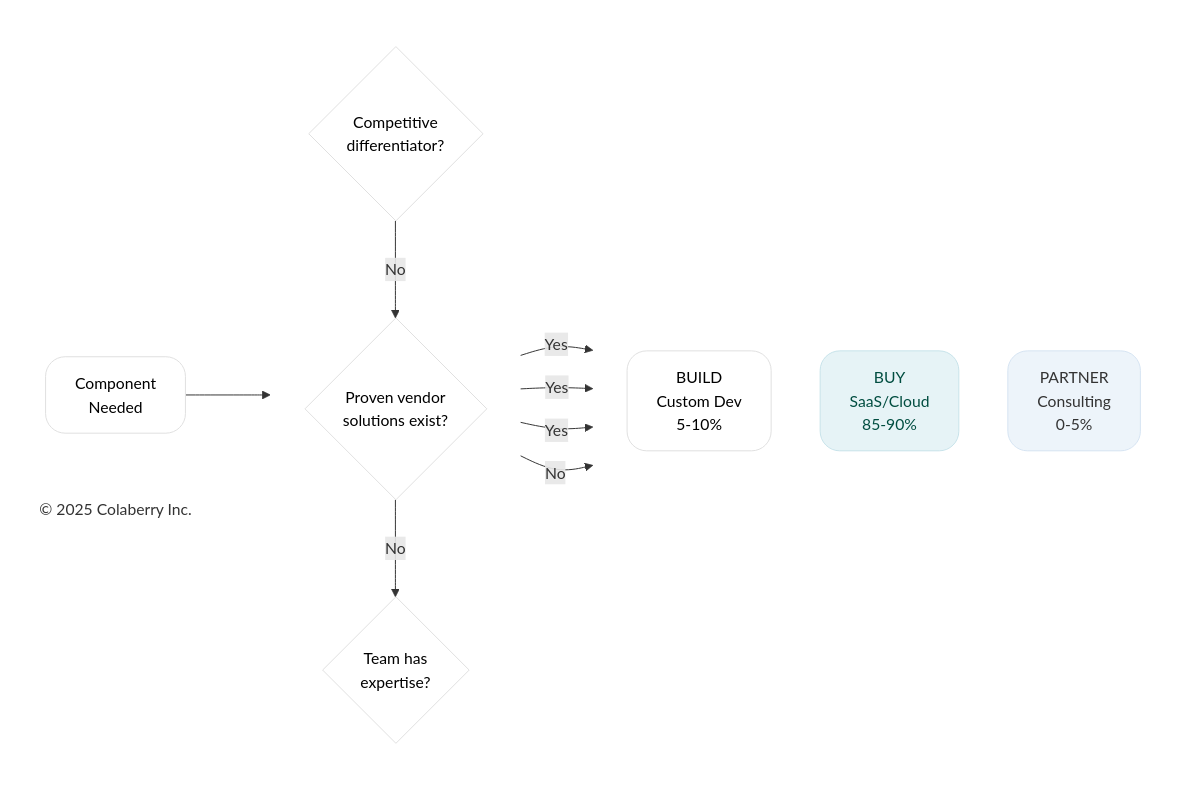
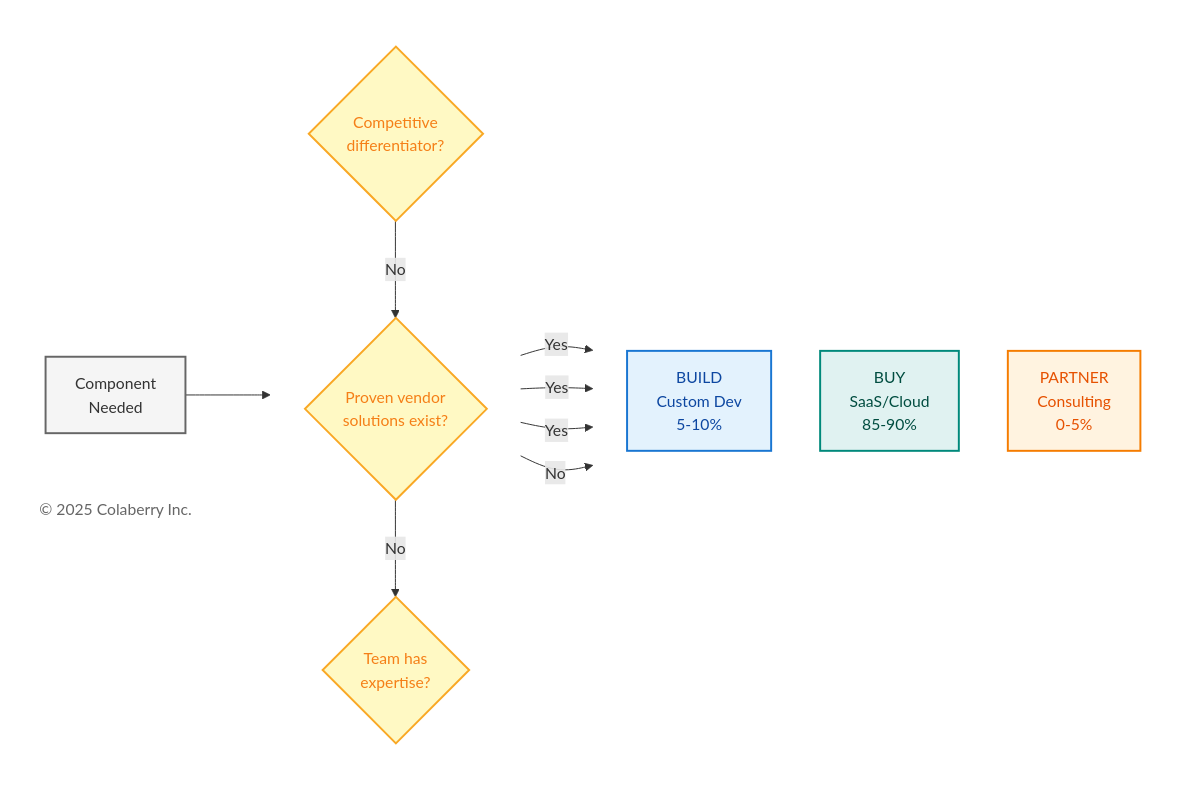
The third of 5 diagrams in manuscript/12_chapter_11_technology_selection_guide.md (saitejesh-cyber/trust-before-intelligence-book), drawn with Mermaid before and after one commit. The commit also changed other lines of this file and 12 other files, not shown here.

Commit message:
Restore legacy Mermaid styles for Option 1

````diff
--- a/manuscript/12_chapter_11_technology_selection_guide.md
+++ b/manuscript/12_chapter_11_technology_selection_guide.md
@@ -213,41 +213,41 @@
 ```mermaid
 
 graph LR
     START["Component<br/>Needed"]
     
     subgraph DECISIONS[" "]
         direction TB
         Q1{"Competitive<br/>differentiator?"}
         Q2{"Proven vendor<br/>solutions exist?"}
         Q3{"Team has<br/>expertise?"}
     end
     
     subgraph OUTCOMES[" "]
         direction TB
         BUILD["BUILD<br/>Custom Dev<br/>5-10%"]
         BUY["BUY<br/>SaaS/Cloud<br/>85-90%"]
         PARTNER["PARTNER<br/>Consulting<br/>0-5%"]
     end
     
     Copyright["© 2025 Colaberry Inc."]
     
     START --> Q1
     Q1 -->|"Yes"| BUILD
     Q1 -->|"No"| Q2
     Q2 -->|"Yes"| BUY
     Q2 -->|"No"| Q3
     Q3 -->|"Yes"| BUILD
     Q3 -->|"No"| PARTNER
     
     style DECISIONS fill:none,stroke:none
     style OUTCOMES fill:none,stroke:none
-    style START fill:#ffffff,stroke:#e0e0e0,stroke-width:1px,color:#000000,rx:20,ry:20
-    style Q1 fill:#ffffff,stroke:#e0e0e0,stroke-width:1px,color:#000000,rx:20,ry:20
-    style Q2 fill:#ffffff,stroke:#e0e0e0,stroke-width:1px,color:#000000,rx:20,ry:20
-    style Q3 fill:#ffffff,stroke:#e0e0e0,stroke-width:1px,color:#000000,rx:20,ry:20
-    style BUILD fill:#ffffff,stroke:#e0e0e0,stroke-width:1px,color:#000000,rx:20,ry:20
-    style BUY fill:#e6f3f6,stroke:#c7e3ea,stroke-width:1px,color:#004d40,rx:20,ry:20
-    style PARTNER fill:#edf4fa,stroke:#d6e4f2,stroke-width:1px,color:#333333,rx:20,ry:20
-    style Copyright fill:none,stroke:none,color:#333333
+    style START fill:#f5f5f5,stroke:#666666,stroke-width:2px,color:#333333
+    style Q1 fill:#fff9c4,stroke:#f9a825,stroke-width:2px,color:#f57f17
+    style Q2 fill:#fff9c4,stroke:#f9a825,stroke-width:2px,color:#f57f17
+    style Q3 fill:#fff9c4,stroke:#f9a825,stroke-width:2px,color:#f57f17
+    style BUILD fill:#e3f2fd,stroke:#1976d2,stroke-width:2px,color:#0d47a1
+    style BUY fill:#e0f2f1,stroke:#00897b,stroke-width:2px,color:#004d40
+    style PARTNER fill:#fff3e0,stroke:#f57c00,stroke-width:2px,color:#e65100
+    style Copyright fill:#ffffff,stroke:none,color:#666666
 
 ```
````
